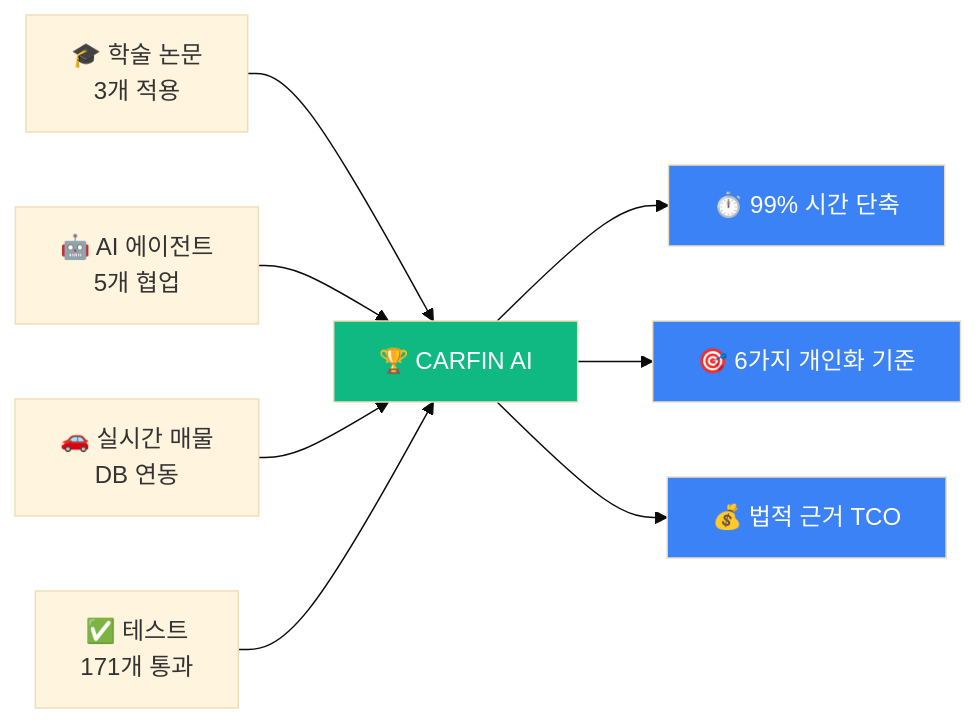
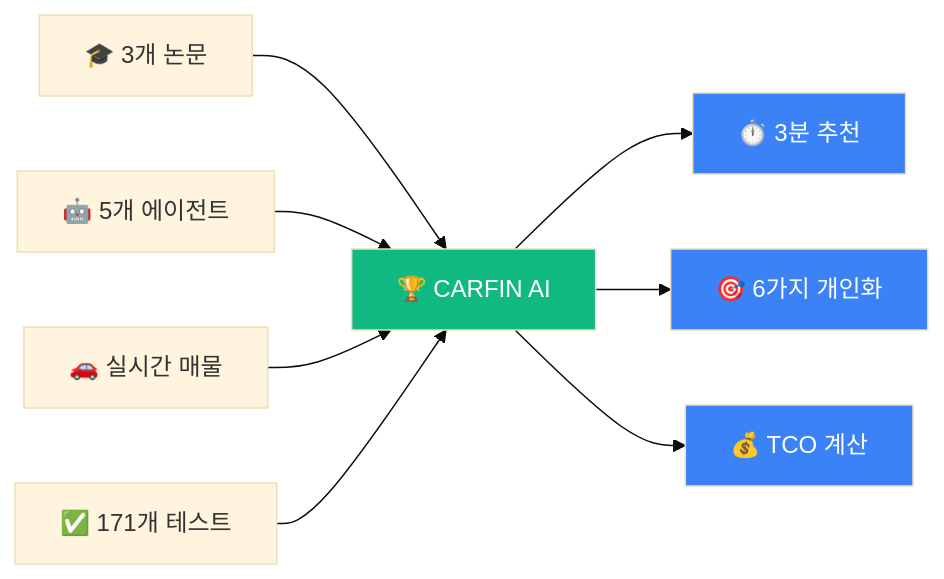
The fifth of 7 diagrams in README.md (SeSAC-DA1/CarFin_AI_Final), drawn with Mermaid (base theme) before and after one commit. The commit also changed other lines of this file, not shown here.

````diff
--- a/README.md
+++ b/README.md
@@ -262,16 +246,16 @@
 ```mermaid
-graph LR
-    A["🎓 학술 논문<br/>3개 적용"] --> Result["🏆 CARFIN AI"]
-    B["🤖 AI 에이전트<br/>5개 협업"] --> Result
-    C["🚗 실시간 매물<br/>DB 연동"] --> Result
-    D["✅ 테스트<br/>171개 통과"] --> Result
+flowchart LR
+    A["🎓 3개 논문"] --> Result["🏆 CARFIN AI"]
+    B["🤖 5개 에이전트"] --> Result
+    C["🚗 실시간 매물"] --> Result
+    D["✅ 171개 테스트"] --> Result
 
-    Result --> E["⏱️ 99% 시간 단축"]
-    Result --> F["🎯 6가지 개인화 기준"]
-    Result --> G["💰 법적 근거 TCO"]
+    Result --> E["⏱️ 3분 추천"]
+    Result --> F["🎯 6가지 개인화"]
+    Result --> G["💰 TCO 계산"]
 
     style Result fill:#10B981,color:#fff
     style E fill:#3B82F6,color:#fff
     style F fill:#3B82F6,color:#fff
     style G fill:#3B82F6,color:#fff
 ```
````
